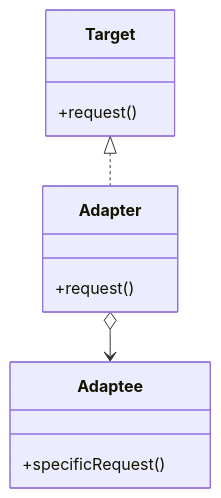
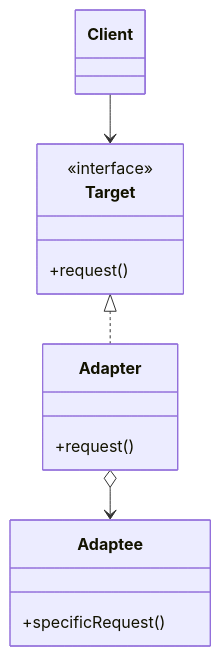
One commit to SamuelLnds/LandaisSamuel_TP_DesignPatterns changed the first of 4 diagrams in Adapter/README.md. Above: the diagram before and after it, drawn with Mermaid. The commit also changed other lines of this file and 12 other files, not shown here.

Commit message:
revue des README, correction des diagrammes, ajout de diagrammes de séquence pour détailler l'explication, correction du français, ajout d'informations supplémentaires, révision de la disposition des limitations à certains endroits

````diff
--- a/Adapter/README.md
+++ b/Adapter/README.md
@@ -9,17 +14,21 @@
 ```mermaid
 classDiagram
 	class Target {
+		<<interface>>
 		+request()
 	}
-	
+
 	class Adapter {
 		+request()
 	}
-	
+
 	class Adaptee {
 		+specificRequest()
 	}
-	
+
+	class Client { }
+
 	Target <|.. Adapter
 	Adapter o--> Adaptee
+	Client --> Target
 ```
````
